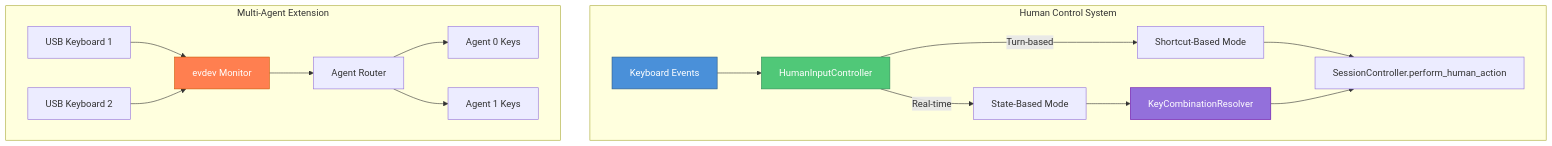
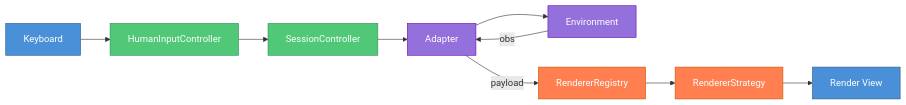
Before and after one commit to Abdulhamid97Mousa/mosaic: the diagram in docs/source/documents/human_control/index.rst, drawn with Mermaid. The commit also changed other lines of this file and 21 other files, not shown here.

First line of the commit message:
docs: restructure operators, workers, human control, and common errors sections

```diff
--- a/docs/source/documents/human_control/index.rst
+++ b/docs/source/documents/human_control/index.rst
@@ -23,24 +12,20 @@
 .. mermaid::
 
-   graph TD
-       subgraph "Human Control System"
-           KC[Keyboard Events] --> HIC[HumanInputController]
-           HIC -->|Turn-based| SB[Shortcut-Based Mode]
-           HIC -->|Real-time| STB[State-Based Mode]
-           SB --> SA[SessionController.perform_human_action]
-           STB --> RES[KeyCombinationResolver]
-           RES --> SA
-       end
+   graph LR
+       KB[Keyboard] --> HIC[HumanInputController]
+       HIC --> SC[SessionController]
+       SC --> ADAPT[Adapter]
+       ADAPT --> ENV[Environment]
+       ENV --> |obs| ADAPT
+       ADAPT --> |payload| REG[RendererRegistry]
+       REG --> STRAT[RendererStrategy]
+       STRAT --> RV[Render View]
 
-       subgraph "Multi-Agent Extension"
-           USB1[USB Keyboard 1] --> EVDEV[evdev Monitor]
-           USB2[USB Keyboard 2] --> EVDEV
-           EVDEV --> ROUTE[Agent Router]
-           ROUTE --> A1[Agent 0 Keys]
-           ROUTE --> A2[Agent 1 Keys]
-       end
-
-       style KC fill:#4a90d9,stroke:#2e5a87,color:#fff
+       style KB fill:#4a90d9,stroke:#2e5a87,color:#fff
+       style RV fill:#4a90d9,stroke:#2e5a87,color:#fff
        style HIC fill:#50c878,stroke:#2e8b57,color:#fff
-       style EVDEV fill:#ff7f50,stroke:#cc5500,color:#fff
-       style RES fill:#9370db,stroke:#6a0dad,color:#fff
+       style SC fill:#50c878,stroke:#2e8b57,color:#fff
+       style REG fill:#ff7f50,stroke:#cc5500,color:#fff
+       style STRAT fill:#ff7f50,stroke:#cc5500,color:#fff
+       style ADAPT fill:#9370db,stroke:#6a0dad,color:#fff
+       style ENV fill:#9370db,stroke:#6a0dad,color:#fff
```
